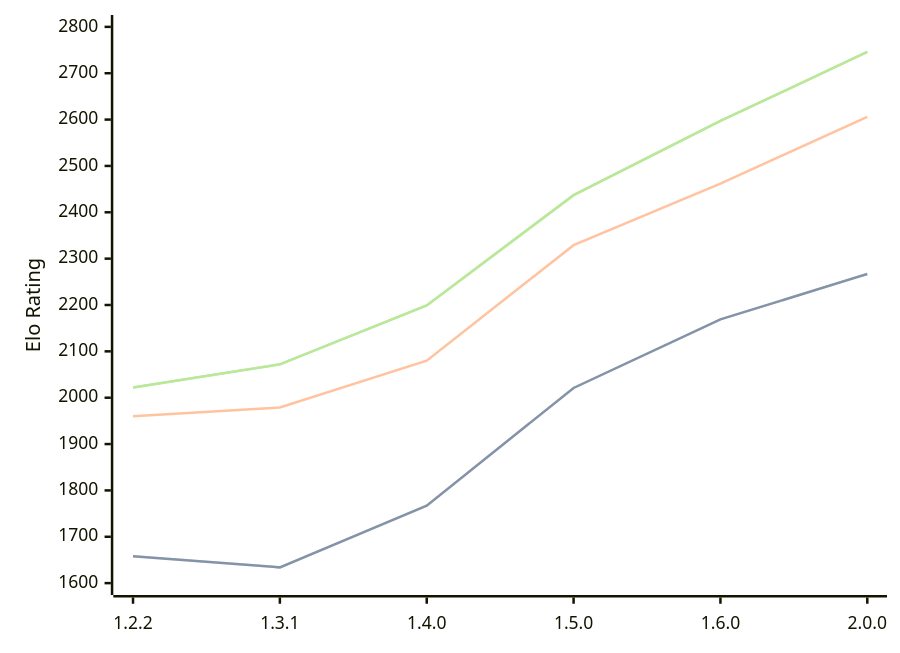
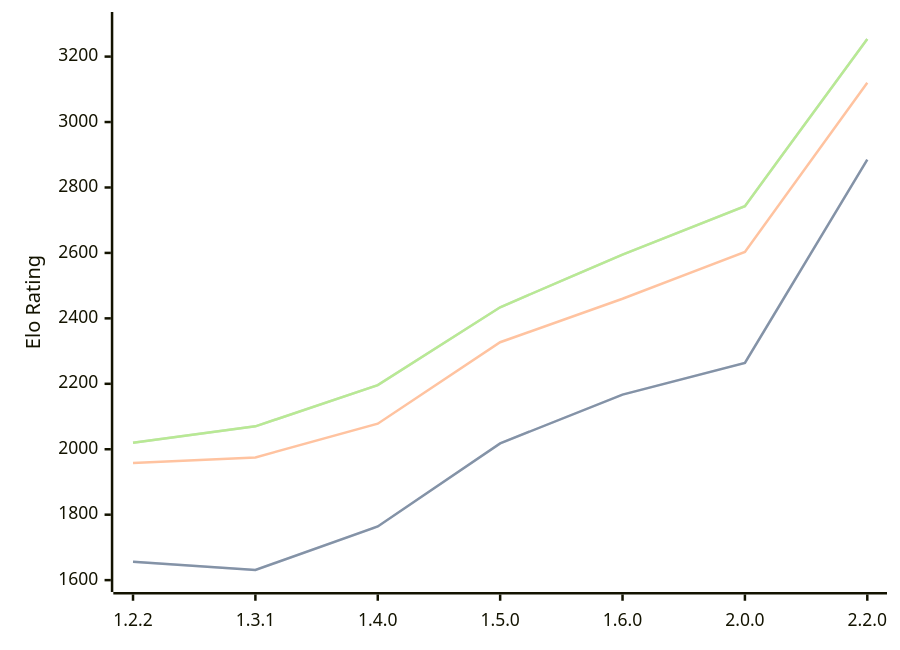
The diagram in engines/SoloEngine.md (computer-chess-index/cci), drawn with Mermaid before and after one commit. The commit also changed other lines of this file, not shown here.

Commit message:
Update CCI Ratings (ELO VLTC) - 2026-06-08

````diff
--- a/engines/SoloEngine.md
+++ b/engines/SoloEngine.md
@@ -38,11 +38,11 @@
 ```mermaid
 %%{init: {"theme":"base","themeVariables":{"seriesColors:['#a3a3a3','#222221','#faa371']}}}%%
 xychart-beta
-  x-axis ["1.2.2", "1.3.1", "1.4.0", "1.5.0", "1.6.0", "2.0.0"]
-  y-axis "Elo Rating" 1600 --> 2800
-  line "STC (8.0+0.08s)" [1658, 1634, 1767, 2021, 2169, 2267]
-  line "STC (8.0+0.08s)" [1658, 1634, 1767, 2021, 2169, 2267]
-  line "LTC (60.0+0.60s)" [1960, 1979, 2080, 2329, 2462, 2606]
-  line "VLTC (2m24s+1.12s)" [2022, 2072, 2199, 2437, 2597, 2746]
-  line "VLTC (2m24s+1.12s)" [2022, 2072, 2199, 2437, 2597, 2746]
+  x-axis ["1.2.2", "1.3.1", "1.4.0", "1.5.0", "1.6.0", "2.0.0", "2.2.0"]
+  y-axis "Elo Rating" 1600 --> 3300
+  line "STC (8.0+0.08s)" [1656, 1631, 1764, 2018, 2167, 2264, 2885]
+  line "STC (8.0+0.08s)" [1656, 1631, 1764, 2018, 2167, 2264, 2885]
+  line "LTC (60.0+0.60s)" [1958, 1975, 2078, 2327, 2460, 2603, 3120]
+  line "VLTC (2m24s+1.12s)" [2020, 2070, 2196, 2434, 2595, 2743, 3254]
+  line "VLTC (2m24s+1.12s)" [2020, 2070, 2196, 2434, 2595, 2743, 3254]
 ```
````
